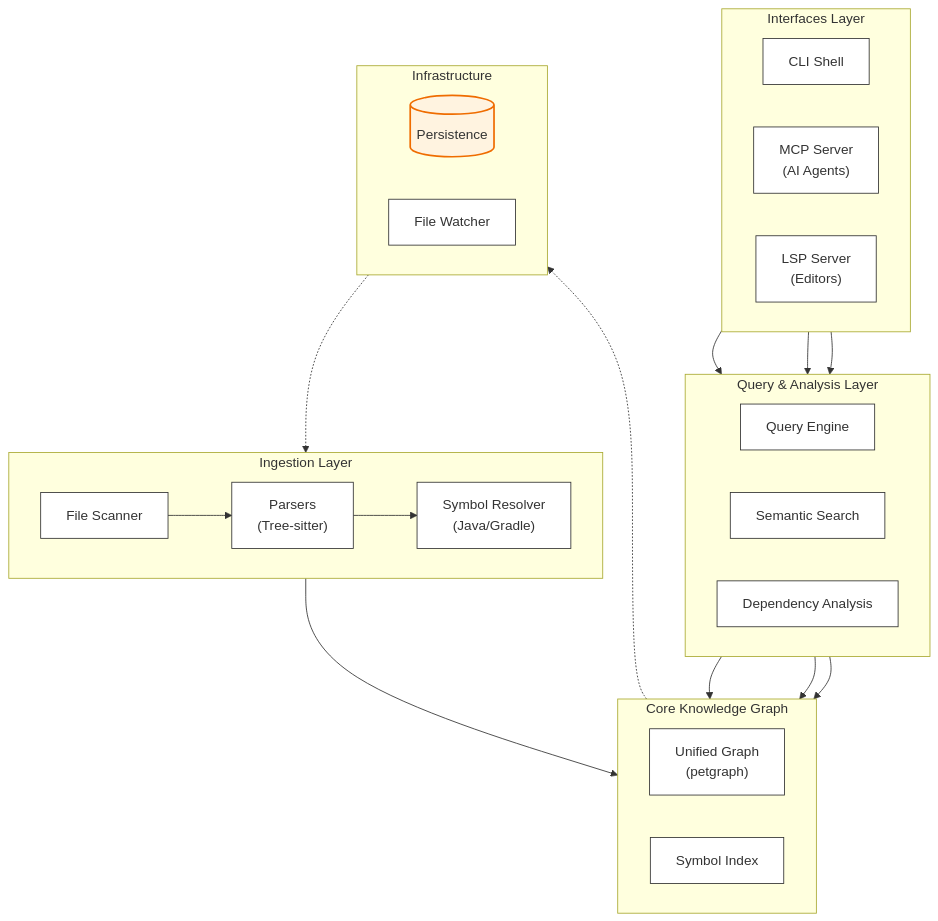
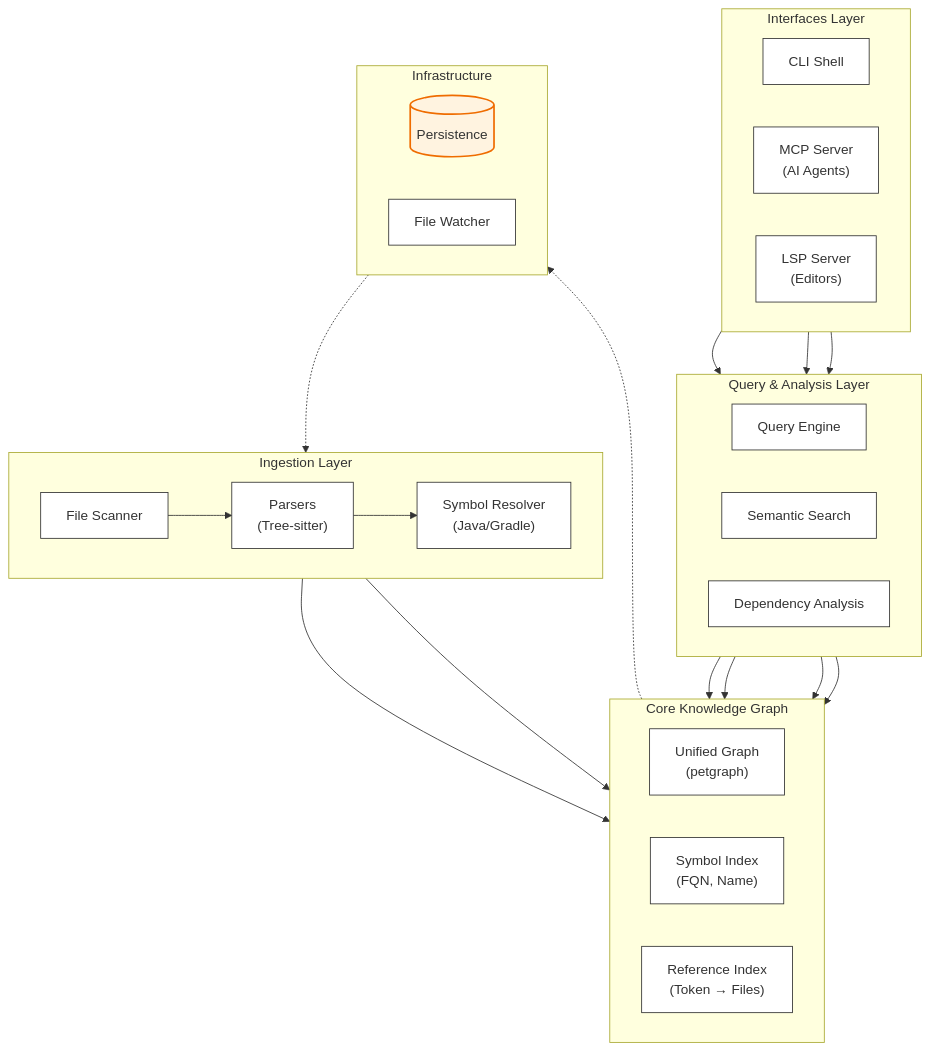
Before and after one commit to biuld/naviscope: the diagram in README.md, drawn with Mermaid. The commit also changed other lines of this file and 1 other file, not shown here.

First line of the commit message:
docs: Update README and user guide to clarify code relationships and enhance reference discovery details

````diff
--- a/README.md
+++ b/README.md
@@ -38,56 +38,59 @@
 ```mermaid
 graph TD
     %% Styles
     classDef layer fill:#e3f2fd,stroke:#1565c0,stroke-width:2px,rx:5,ry:5
     classDef component fill:#fff,stroke:#333,stroke-width:1px
     classDef storage fill:#fff3e0,stroke:#ef6c00,stroke-width:2px,rx:5,ry:5
 
     subgraph Access [Interfaces Layer]
         direction LR
         CLI[CLI Shell]:::component
         MCP["MCP Server<br/>(AI Agents)"]:::component
         LSP["LSP Server<br/>(Editors)"]:::component
     end
 
     subgraph Service [Query & Analysis Layer]
         direction LR
         Query[Query Engine]:::component
         Search[Semantic Search]:::component
         Deps[Dependency Analysis]:::component
     end
 
     subgraph Core [Core Knowledge Graph]
         direction LR
         Graph["Unified Graph<br/>(petgraph)"]:::component
-        Index["Symbol Index"]:::component
+        Index["Symbol Index<br/>(FQN, Name)"]:::component
+        RefIndex["Reference Index<br/>(Token → Files)"]:::component
     end
 
     subgraph Ingestion [Ingestion Layer]
         direction LR
         Scanner[File Scanner]:::component
         Parser["Parsers<br/>(Tree-sitter)"]:::component
         Resolver["Symbol Resolver<br/>(Java/Gradle)"]:::component
     end
 
     subgraph Infra [Infrastructure]
         direction LR
         Store[("Persistence")]:::storage
         Watch[File Watcher]:::component
     end
 
     %% Connections
     CLI --> Query
     MCP --> Query
     LSP --> Query
 
     Query --> Graph
     Search --> Graph
     Deps --> Graph
+    Search --> RefIndex
 
     Scanner --> Parser
     Parser --> Resolver
     Resolver --> Graph
+    Resolver --> RefIndex
 
     Graph -.-> Store
     Watch -.-> Scanner
 ```
````
